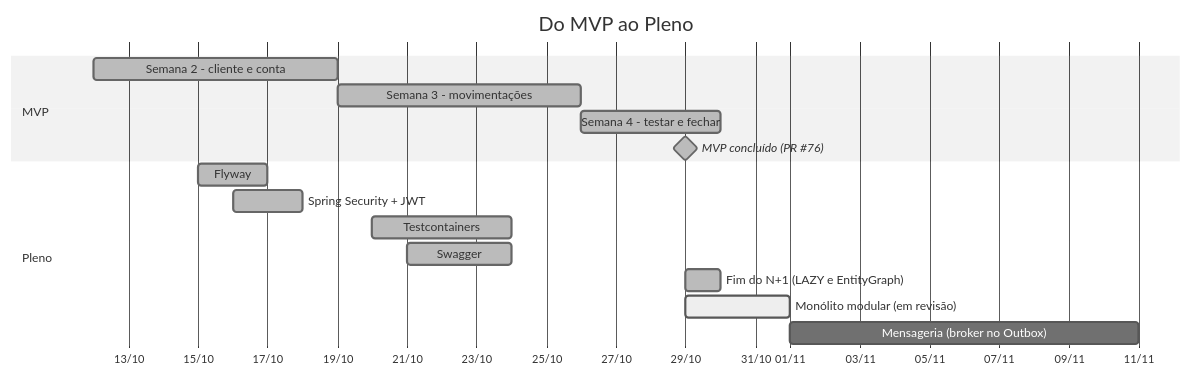
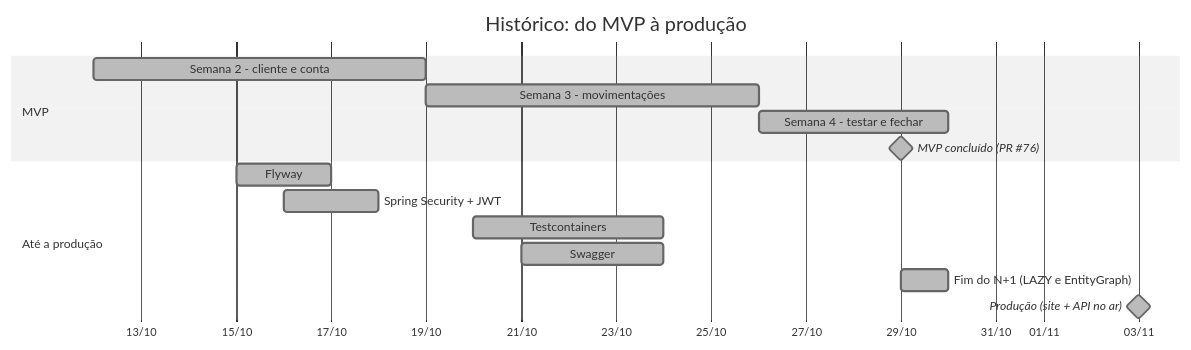
Diagram 19 of 23 in README.md (k3vinrich4rd/k3vinrich4rd), drawn with Mermaid (neutral theme) before and after one commit. The commit also changed other lines of this file and 4 other files, not shown here.

````diff
--- a/README.md
+++ b/README.md
@@ -2255,19 +2254,18 @@
 ```mermaid
 gantt
-    title Do MVP ao Pleno
+    title Histórico: do MVP à produção
     dateFormat YYYY-MM-DD
     axisFormat %d/%m
     section MVP
     Semana 2 - cliente e conta        :done,    s2, 2026-10-12, 7d
     Semana 3 - movimentações          :done,    s3, 2026-10-19, 7d
     Semana 4 - testar e fechar        :done,    s4, 2026-10-26, 4d
     MVP concluído (PR #76)            :milestone, done, m1, 2026-10-29, 0d
-    section Pleno
+    section Até a produção
     Flyway                            :done,    f1, 2026-10-15, 2d
     Spring Security + JWT             :done,    f2, 2026-10-16, 2d
     Testcontainers                    :done,    f3, 2026-10-20, 4d
     Swagger                           :done,    f6, 2026-10-21, 3d
     Fim do N+1 (LAZY e EntityGraph)   :done,    f7, 2026-10-29, 1d
-    Monólito modular (em revisão)     :active,  f8, 2026-10-29, 3d
-    Mensageria (broker no Outbox)     :         f5, after f8, 10d
+    Produção (site + API no ar)       :milestone, done, m2, 2026-11-03, 0d
 ```
````
